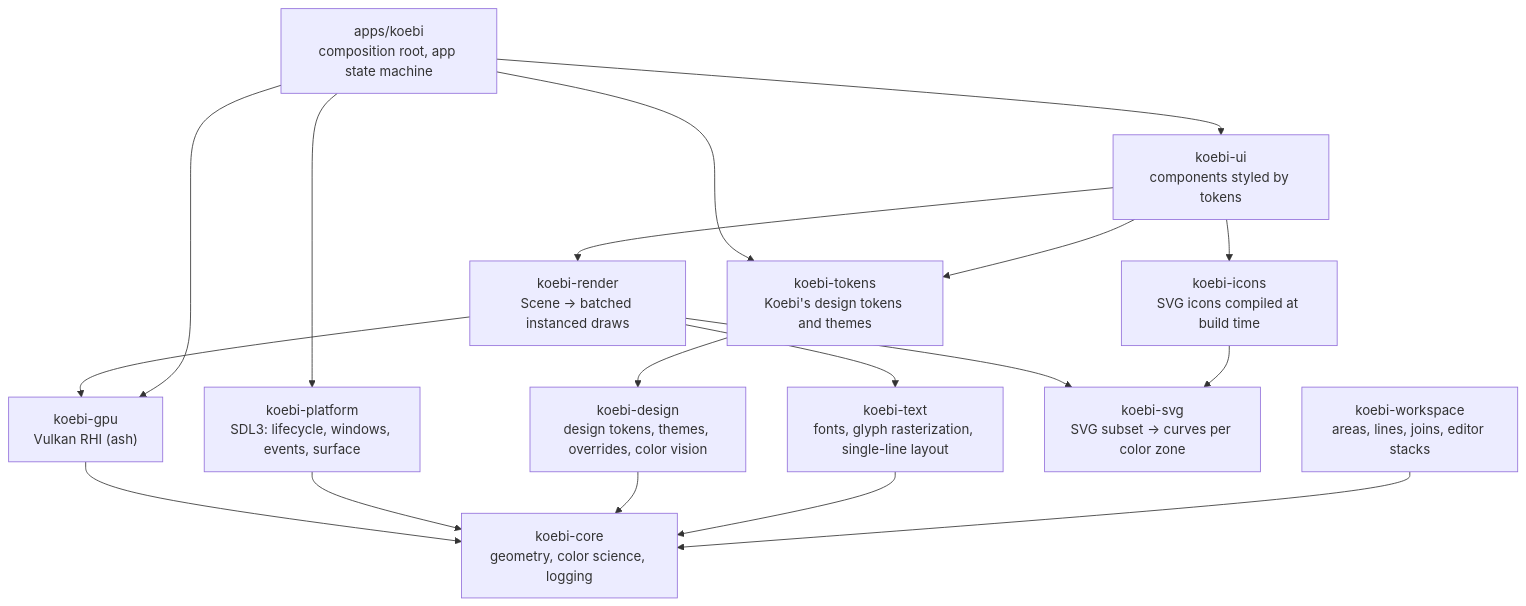
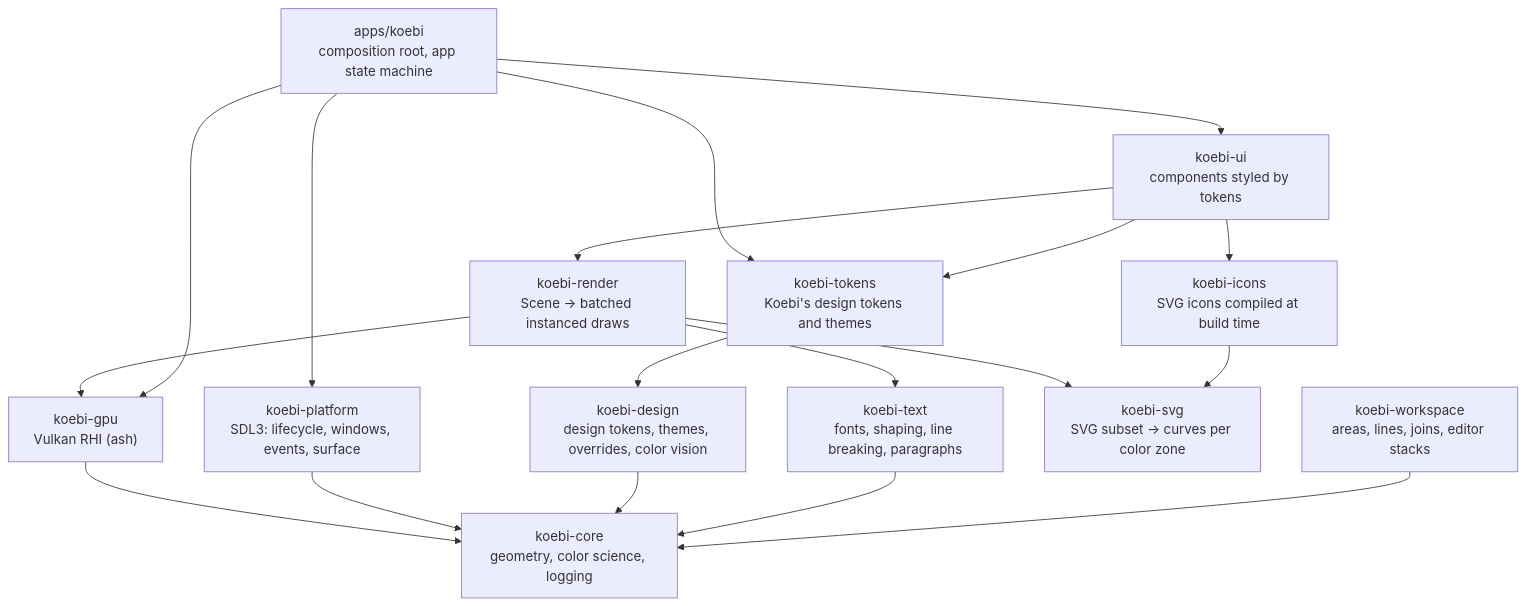
One commit to Kolosta/Koebi changed the first of 2 diagrams in docs/architecture/overview.md. Above: the diagram before and after it, drawn with Mermaid. The commit also changed other lines of this file and 82 other files, not shown here.

````diff
--- a/docs/architecture/overview.md
+++ b/docs/architecture/overview.md
@@ -8,25 +8,25 @@
 ```mermaid
 flowchart TD
     app["apps/koebi<br/>composition root, app state machine"]
     ui["koebi-ui<br/>components styled by tokens"]
     render["koebi-render<br/>Scene → batched instanced draws"]
     gpu["koebi-gpu<br/>Vulkan RHI (ash)"]
     platform["koebi-platform<br/>SDL3: lifecycle, windows, events, surface"]
     tokens["koebi-tokens<br/>Koebi's design tokens and themes"]
     design["koebi-design<br/>design tokens, themes, overrides, color vision"]
-    text["koebi-text<br/>fonts, glyph rasterization, single-line layout"]
+    text["koebi-text<br/>fonts, shaping, line breaking, paragraphs"]
     svg["koebi-svg<br/>SVG subset → curves per color zone"]
     icons["koebi-icons<br/>SVG icons compiled at build time"]
     workspace["koebi-workspace<br/>areas, lines, joins, editor stacks"]
     core["koebi-core<br/>geometry, color science, logging"]
     app --> ui --> render --> gpu --> core
     render --> text
     render --> svg
     ui --> icons --> svg
     app --> platform --> core
     app --> gpu
     app --> tokens
     ui --> tokens --> design --> core
     text --> core
     workspace --> core
 ```
````
